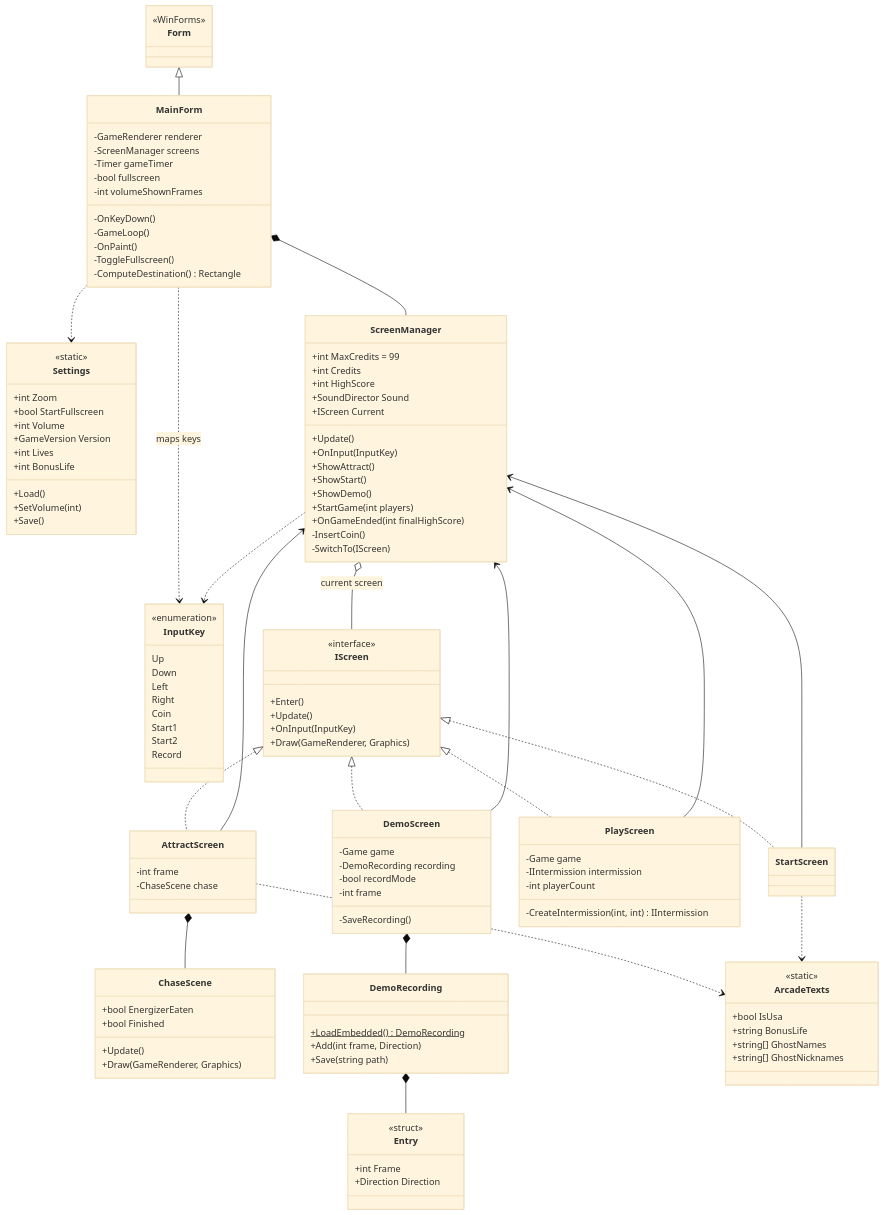
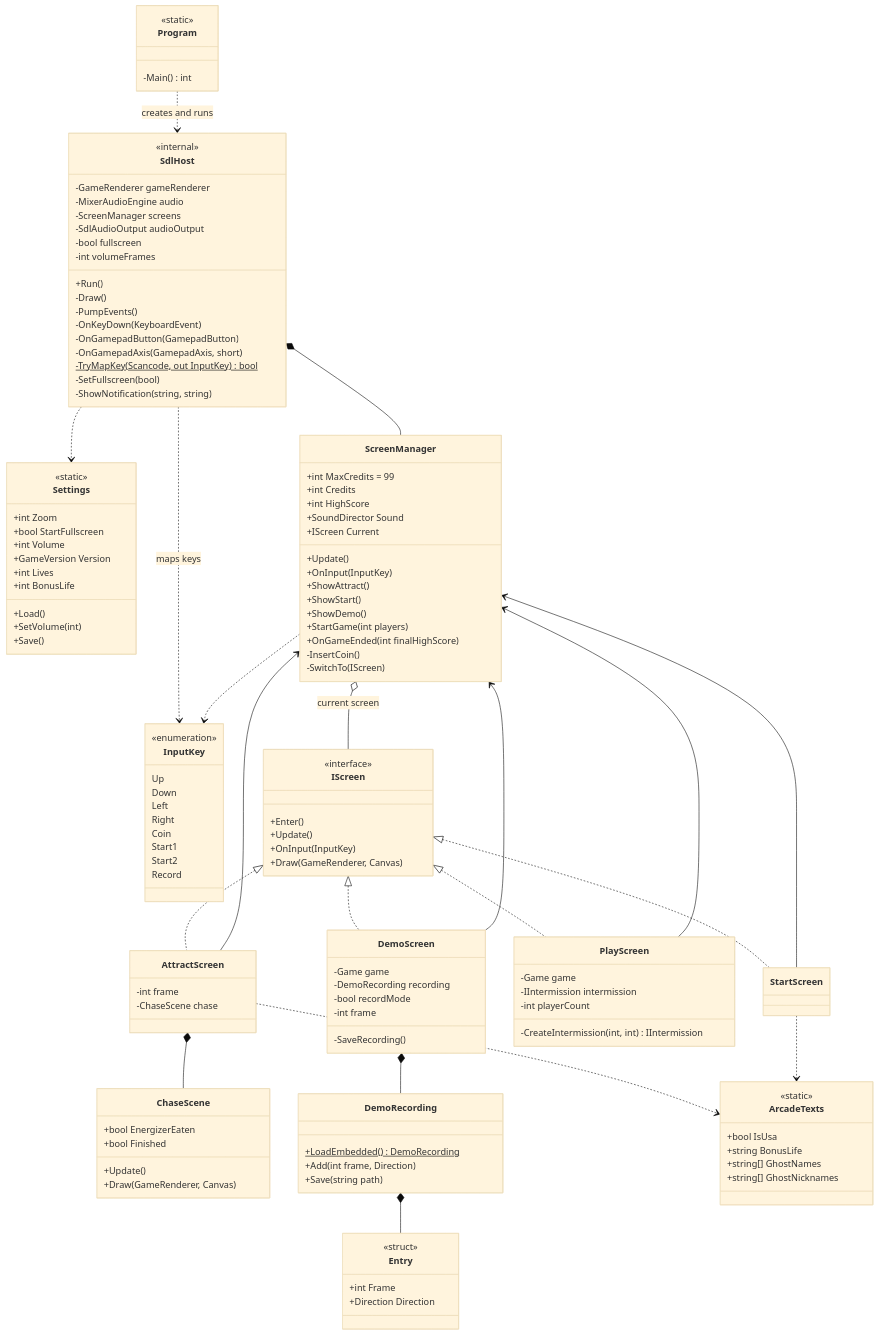
One commit to Telev78/pacman changed the second of 18 diagrams in docs/Pacman_UML_and_State_Diagrams_EN.md. Above: the diagram before and after it, drawn with Mermaid (base theme). The commit also changed other lines of this file and 36 other files, not shown here.

````diff
--- a/docs/Pacman_UML_and_State_Diagrams_EN.md
+++ b/docs/Pacman_UML_and_State_Diagrams_EN.md
@@ -89,20 +105,27 @@
 ```mermaid
 classDiagram
   direction TB
-  class Form {
-    <<WinForms>>
+  class Program {
+    <<static>>
+    -Main() int
   }
-  class MainForm {
-    -GameRenderer renderer
+  class SdlHost {
+    <<internal>>
+    -GameRenderer gameRenderer
+    -MixerAudioEngine audio
     -ScreenManager screens
-    -Timer gameTimer
+    -SdlAudioOutput audioOutput
     -bool fullscreen
-    -int volumeShownFrames
-    -OnKeyDown()
-    -GameLoop()
-    -OnPaint()
-    -ToggleFullscreen()
-    -ComputeDestination() Rectangle
+    -int volumeFrames
+    +Run()
+    -Draw()
+    -PumpEvents()
+    -OnKeyDown(KeyboardEvent)
+    -OnGamepadButton(GamepadButton)
+    -OnGamepadAxis(GamepadAxis, short)
+    -TryMapKey(Scancode, out InputKey)$ bool
+    -SetFullscreen(bool)
+    -ShowNotification(string, string)
   }
   class Settings {
     <<static>>
@@ -132,7 +155,7 @@
     +Enter()
     +Update()
     +OnInput(InputKey)
-    +Draw(GameRenderer, Graphics)
+    +Draw(GameRenderer, Canvas)
   }
   class ScreenManager {
     +int MaxCredits = 99
@@ -172,7 +195,7 @@
     +bool EnergizerEaten
     +bool Finished
     +Update()
-    +Draw(GameRenderer, Graphics)
+    +Draw(GameRenderer, Canvas)
   }
   class DemoRecording {
     +LoadEmbedded()$ DemoRecording
@@ -192,10 +215,10 @@
     +string[] GhostNicknames
   }
 
-  Form <|-- MainForm
-  MainForm *-- ScreenManager
-  MainForm ..> InputKey : maps keys
-  MainForm ..> Settings
+  Program ..> SdlHost : creates and runs
+  SdlHost *-- ScreenManager
+  SdlHost ..> InputKey : maps keys
+  SdlHost ..> Settings
   IScreen <|.. AttractScreen
   IScreen <|.. StartScreen
   IScreen <|.. PlayScreen
````
